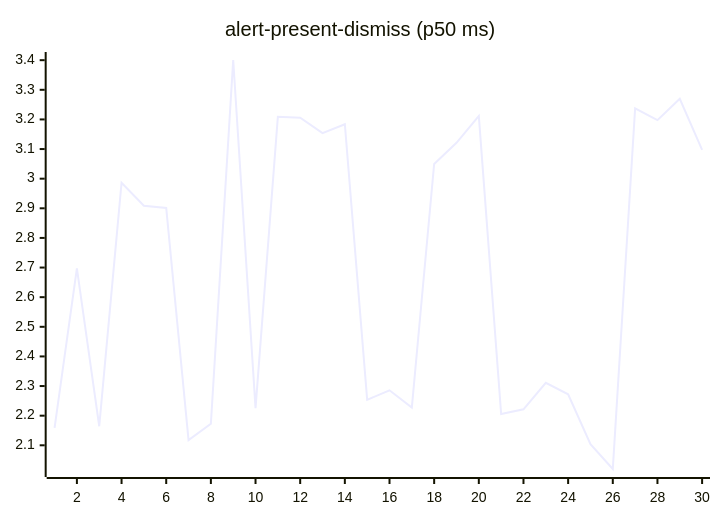
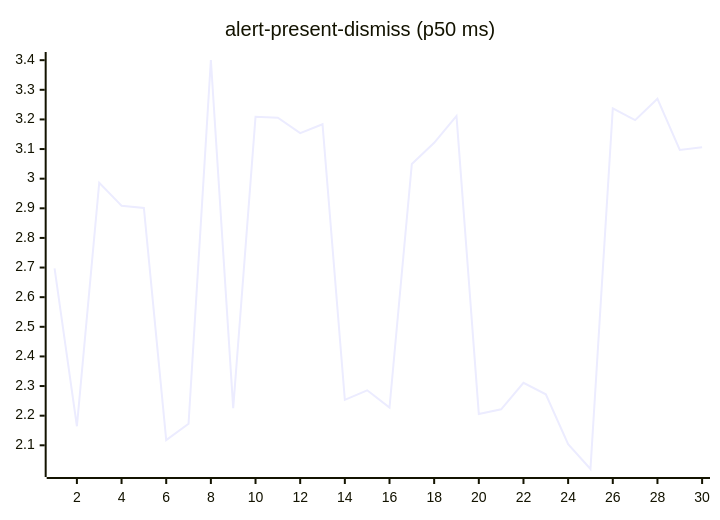
Before and after one commit to josha/Facet: the second of 27 diagrams in README.md, drawn with Mermaid. The commit also changed other lines of this file and 2 other files, not shown here.

````diff
--- a/README.md
+++ b/README.md
@@ -70,6 +70,6 @@
 ```mermaid
 xychart-beta
     title "alert-present-dismiss (p50 ms)"
     x-axis 1 --> 30
-    line [2.1588, 2.6974, 2.1643, 2.9862, 2.9085, 2.9011, 2.1177, 2.1729, 3.4006, 2.2253, 3.2090, 3.2058, 3.1536, 3.1837, 2.2536, 2.2857, 2.2272, 3.0496, 3.1212, 3.2117, 2.2054, 2.2216, 2.3109, 2.2722, 2.1040, 2.0200, 3.2371, 3.1976, 3.2697, 3.0970]
+    line [2.6974, 2.1643, 2.9862, 2.9085, 2.9011, 2.1177, 2.1729, 3.4006, 2.2253, 3.2090, 3.2058, 3.1536, 3.1837, 2.2536, 2.2857, 2.2272, 3.0496, 3.1212, 3.2117, 2.2054, 2.2216, 2.3109, 2.2722, 2.1040, 2.0200, 3.2371, 3.1976, 3.2697, 3.0970, 3.1061]
 ```
````
